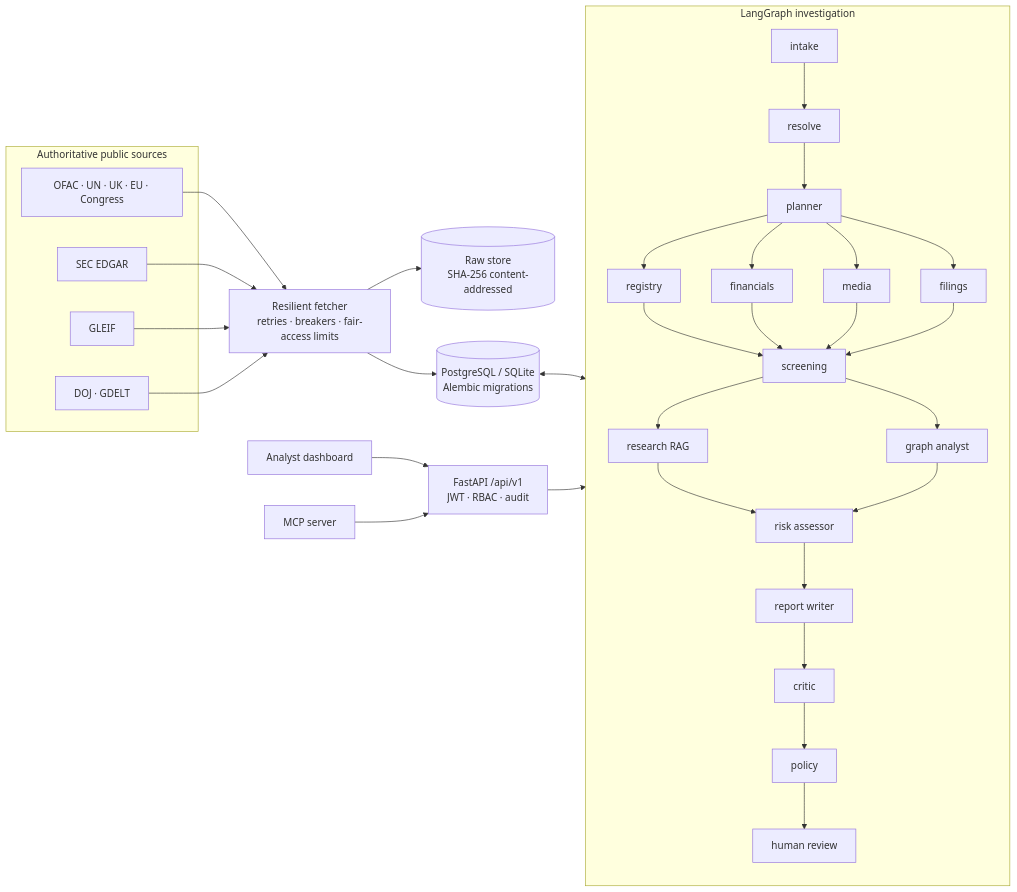
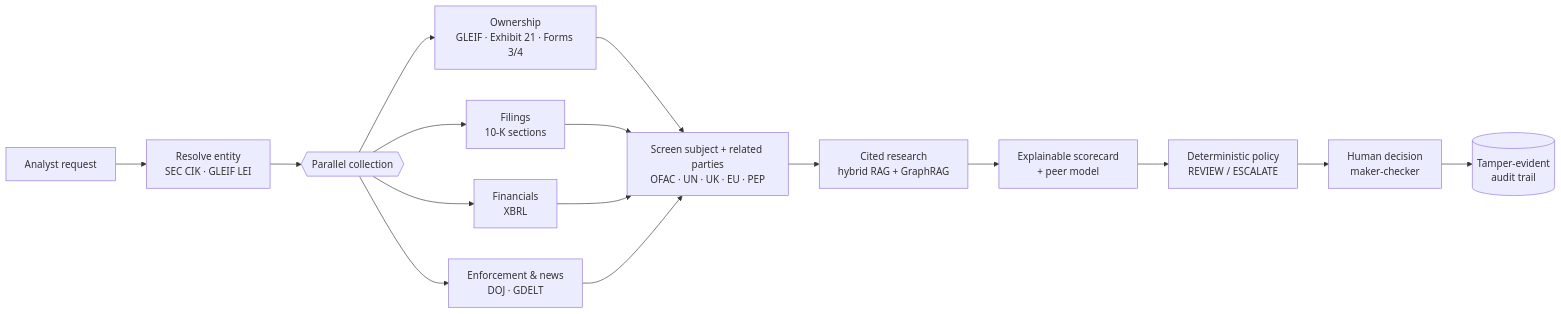
One commit to Shraddhatodkari/sentinel-dd changed the diagram in README.md. Above: the diagram before and after it, drawn with Mermaid. The commit also changed other lines of this file and 2 other files, not shown here.

Commit message:
docs: executive README and solution architecture diagram

````diff
--- a/README.md
+++ b/README.md
@@ -71,23 +62,15 @@
 ```mermaid
 flowchart LR
-  subgraph Sources[Authoritative public sources]
-    L[OFAC · UN · UK · EU · Congress]:::s
-    E[SEC EDGAR]:::s
-    G[GLEIF]:::s
-    D[DOJ · GDELT]:::s
-  end
-  L & E & G & D --> F[Resilient fetcher<br/>retries · breakers · fair-access limits]
-  F --> RS[(Raw store<br/>SHA-256 content-addressed)]
-  F --> DB[(PostgreSQL / SQLite<br/>Alembic migrations)]
-  subgraph Graph[LangGraph investigation]
-    I[intake] --> R[resolve] --> P[planner]
-    P --> C1[registry] & C2[financials] & C3[media] & C4[filings]
-    C1 & C2 & C3 & C4 --> S[screening]
-    S --> RA[research RAG] & GA[graph analyst]
-    RA & GA --> A[risk assessor] --> W[report writer] --> CR[critic] --> PO[policy] --> H[human review]
-  end
-  DB <--> Graph
-  API[FastAPI /api/v1<br/>JWT · RBAC · audit] --> Graph
-  UI[Analyst dashboard] --> API
-  MCP[MCP server] --> API
+  A[Analyst request] --> B[Resolve entity<br/>SEC CIK · GLEIF LEI]
+  B --> C{{Parallel collection}}
+  C --> C1[Ownership<br/>GLEIF · Exhibit 21 · Forms 3/4]
+  C --> C2[Filings<br/>10-K sections]
+  C --> C3[Financials<br/>XBRL]
+  C --> C4[Enforcement & news<br/>DOJ · GDELT]
+  C1 & C2 & C3 & C4 --> D[Screen subject + related parties<br/>OFAC · UN · UK · EU · PEP]
+  D --> E[Cited research<br/>hybrid RAG + GraphRAG]
+  E --> F[Explainable scorecard<br/>+ peer model]
+  F --> G[Deterministic policy<br/>REVIEW / ESCALATE]
+  G --> H[Human decision<br/>maker-checker]
+  H --> I[(Tamper-evident<br/>audit trail)]
 ```
````
